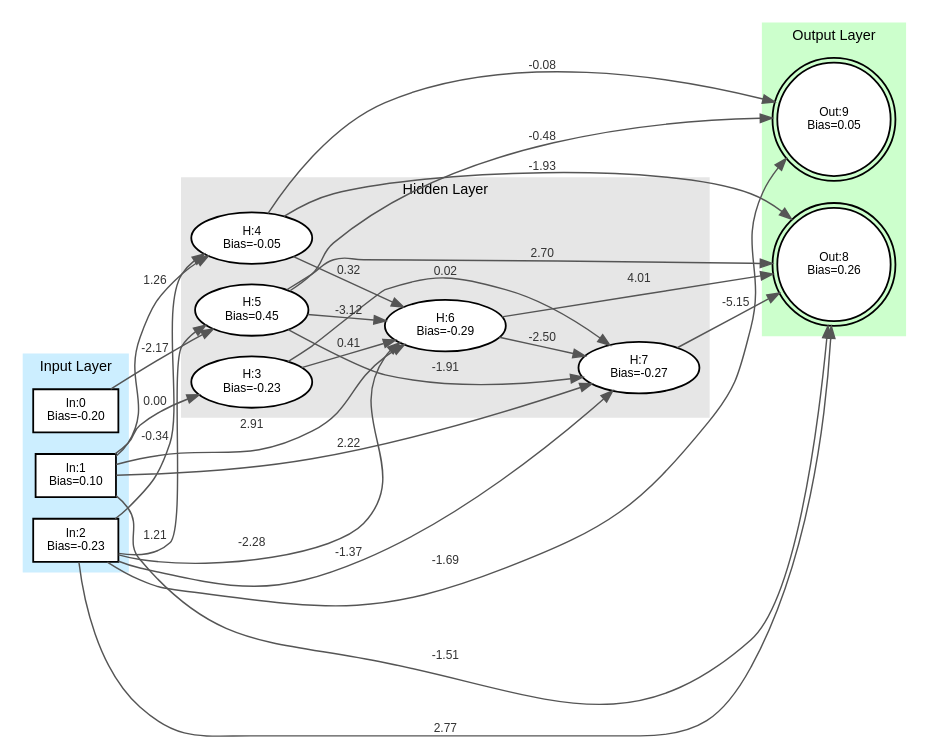
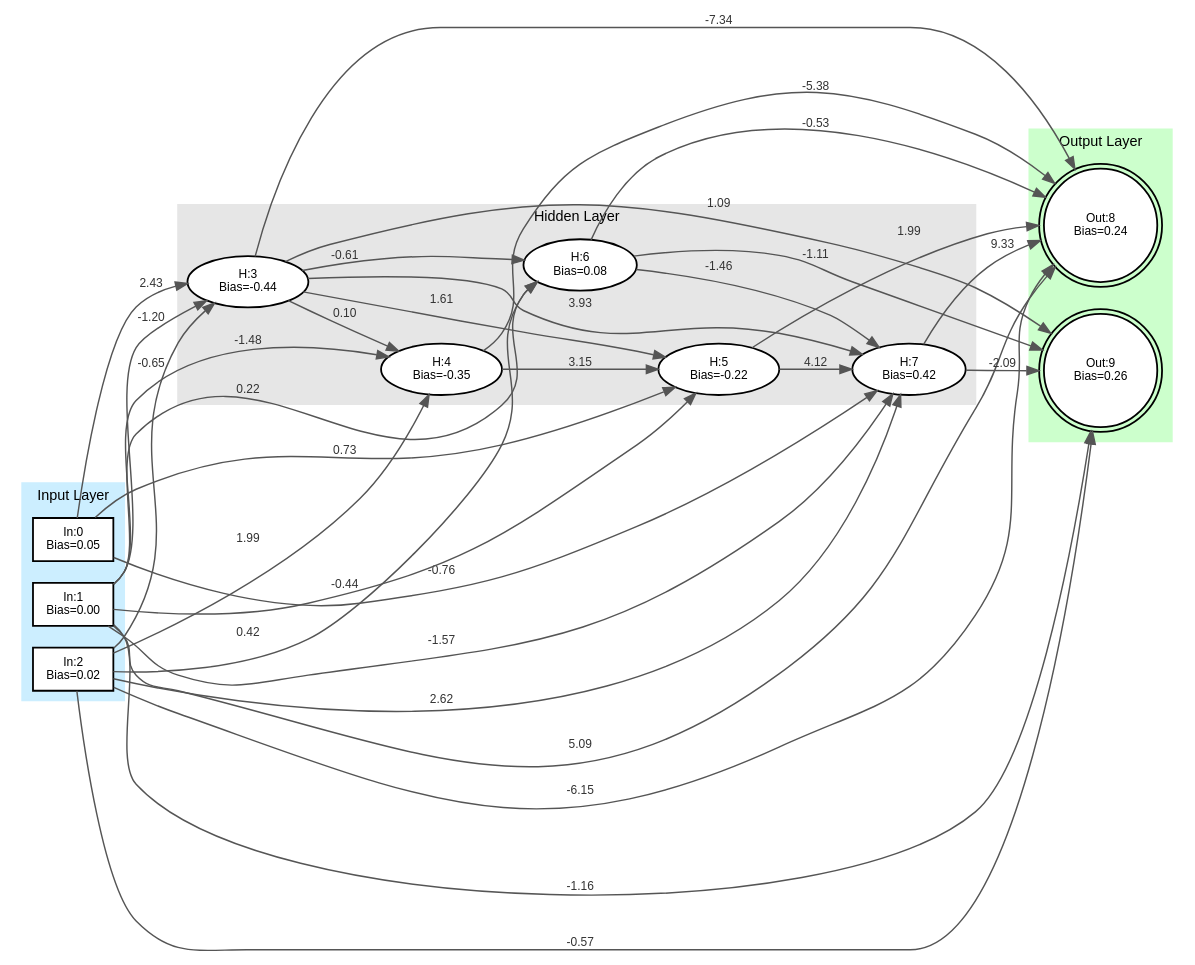
One commit to Apoxtrophe/MiNET_AI changed the diagram in best_network.dot. Above: the diagram before and after it, drawn with Graphviz. The commit also changed 3 other files, not shown here.

```diff
--- a/best_network.dot
+++ b/best_network.dot
@@ -1,73 +1,80 @@
 digraph Minet {
     // Use left-to-right orientation
     rankdir=LR;
     graph [layout=dot, fontname="Helvetica", fontsize=12];
     node [fontname="Helvetica", fontsize=10];
     edge [fontname="Helvetica", fontsize=10];
 
     subgraph cluster_inputs {
         style=filled;
         color="#cceeff";
         penwidth=1.5;
         label="Input Layer";
         labelloc="top";
         labeljust="center";
         rank=same;
-        neuron_0 [shape=box, style=filled, fillcolor=white, penwidth=1.5, label="In:0\nBias=-0.20"];
-        neuron_1 [shape=box, style=filled, fillcolor=white, penwidth=1.5, label="In:1\nBias=0.10"];
-        neuron_2 [shape=box, style=filled, fillcolor=white, penwidth=1.5, label="In:2\nBias=-0.23"];
+        neuron_0 [shape=box, style=filled, fillcolor=white, penwidth=1.5, label="In:0\nBias=0.05"];
+        neuron_1 [shape=box, style=filled, fillcolor=white, penwidth=1.5, label="In:1\nBias=0.00"];
+        neuron_2 [shape=box, style=filled, fillcolor=white, penwidth=1.5, label="In:2\nBias=0.02"];
     }
 
     subgraph cluster_hidden {
         style=filled;
         color="#e6e6e6";
         penwidth=1.5;
         label="Hidden Layer";
         labelloc="top";
         labeljust="center";
-        neuron_3 [shape=ellipse, style=filled, fillcolor=white, penwidth=1.5, label="H:3\nBias=-0.23"];
-        neuron_4 [shape=ellipse, style=filled, fillcolor=white, penwidth=1.5, label="H:4\nBias=-0.05"];
-        neuron_5 [shape=ellipse, style=filled, fillcolor=white, penwidth=1.5, label="H:5\nBias=0.45"];
-        neuron_6 [shape=ellipse, style=filled, fillcolor=white, penwidth=1.5, label="H:6\nBias=-0.29"];
-        neuron_7 [shape=ellipse, style=filled, fillcolor=white, penwidth=1.5, label="H:7\nBias=-0.27"];
+        neuron_3 [shape=ellipse, style=filled, fillcolor=white, penwidth=1.5, label="H:3\nBias=-0.44"];
+        neuron_4 [shape=ellipse, style=filled, fillcolor=white, penwidth=1.5, label="H:4\nBias=-0.35"];
+        neuron_5 [shape=ellipse, style=filled, fillcolor=white, penwidth=1.5, label="H:5\nBias=-0.22"];
+        neuron_6 [shape=ellipse, style=filled, fillcolor=white, penwidth=1.5, label="H:6\nBias=0.08"];
+        neuron_7 [shape=ellipse, style=filled, fillcolor=white, penwidth=1.5, label="H:7\nBias=0.42"];
     }
 
     subgraph cluster_outputs {
         style=filled;
         color="#ccffcc";
         penwidth=1.5;
         label="Output Layer";
         labelloc="top";
         labeljust="center";
         rank=same;
-        neuron_8 [shape=doublecircle, style=filled, fillcolor=white, penwidth=1.5, label="Out:8\nBias=0.26"];
-        neuron_9 [shape=doublecircle, style=filled, fillcolor=white, penwidth=1.5, label="Out:9\nBias=0.05"];
+        neuron_8 [shape=doublecircle, style=filled, fillcolor=white, penwidth=1.5, label="Out:8\nBias=0.24"];
+        neuron_9 [shape=doublecircle, style=filled, fillcolor=white, penwidth=1.5, label="Out:9\nBias=0.26"];
     }
 
     // Edges
     edge [color="#555555", penwidth=1.2];
-    neuron_0 -> neuron_5 [label="-2.17", fontcolor="#333333"];
-    neuron_1 -> neuron_6 [label="2.91", fontcolor="#333333"];
-    neuron_1 -> neuron_4 [label="1.26", fontcolor="#333333"];
-    neuron_1 -> neuron_7 [label="2.22", fontcolor="#333333"];
-    neuron_1 -> neuron_8 [label="-1.51", fontcolor="#333333"];
-    neuron_1 -> neuron_3 [label="0.00", fontcolor="#333333"];
-    neuron_2 -> neuron_6 [label="-2.28", fontcolor="#333333"];
-    neuron_2 -> neuron_5 [label="1.21", fontcolor="#333333"];
-    neuron_2 -> neuron_8 [label="2.77", fontcolor="#333333"];
-    neuron_2 -> neuron_7 [label="-1.37", fontcolor="#333333"];
-    neuron_2 -> neuron_9 [label="-1.69", fontcolor="#333333"];
-    neuron_2 -> neuron_4 [label="-0.34", fontcolor="#333333"];
-    neuron_3 -> neuron_6 [label="0.41", fontcolor="#333333"];
-    neuron_3 -> neuron_7 [label="0.02", fontcolor="#333333"];
-    neuron_4 -> neuron_8 [label="-1.93", fontcolor="#333333"];
-    neuron_4 -> neuron_6 [label="0.32", fontcolor="#333333"];
-    neuron_4 -> neuron_9 [label="-0.08", fontcolor="#333333"];
-    neuron_5 -> neuron_7 [label="-1.91", fontcolor="#333333"];
-    neuron_5 -> neuron_6 [label="-3.12", fontcolor="#333333"];
-    neuron_5 -> neuron_8 [label="2.70", fontcolor="#333333"];
-    neuron_5 -> neuron_9 [label="-0.48", fontcolor="#333333"];
-    neuron_6 -> neuron_8 [label="4.01", fontcolor="#333333"];
-    neuron_6 -> neuron_7 [label="-2.50", fontcolor="#333333"];
-    neuron_7 -> neuron_8 [label="-5.15", fontcolor="#333333"];
+    neuron_0 -> neuron_3 [label="2.43", fontcolor="#333333"];
+    neuron_0 -> neuron_7 [label="-0.76", fontcolor="#333333"];
+    neuron_0 -> neuron_5 [label="0.73", fontcolor="#333333"];
+    neuron_1 -> neuron_3 [label="-1.20", fontcolor="#333333"];
+    neuron_1 -> neuron_8 [label="5.09", fontcolor="#333333"];
+    neuron_1 -> neuron_7 [label="-1.57", fontcolor="#333333"];
+    neuron_1 -> neuron_4 [label="-1.48", fontcolor="#333333"];
+    neuron_1 -> neuron_5 [label="-0.44", fontcolor="#333333"];
+    neuron_1 -> neuron_6 [label="0.22", fontcolor="#333333"];
+    neuron_1 -> neuron_9 [label="-1.16", fontcolor="#333333"];
+    neuron_2 -> neuron_4 [label="1.99", fontcolor="#333333"];
+    neuron_2 -> neuron_7 [label="2.62", fontcolor="#333333"];
+    neuron_2 -> neuron_8 [label="-6.15", fontcolor="#333333"];
+    neuron_2 -> neuron_9 [label="-0.57", fontcolor="#333333"];
+    neuron_2 -> neuron_3 [label="-0.65", fontcolor="#333333"];
+    neuron_2 -> neuron_6 [label="0.42", fontcolor="#333333"];
+    neuron_3 -> neuron_7 [label="3.93", fontcolor="#333333"];
+    neuron_3 -> neuron_8 [label="-7.34", fontcolor="#333333"];
+    neuron_3 -> neuron_5 [label="1.61", fontcolor="#333333"];
+    neuron_3 -> neuron_6 [label="-0.61", fontcolor="#333333"];
+    neuron_3 -> neuron_9 [label="1.09", fontcolor="#333333"];
+    neuron_3 -> neuron_4 [label="0.10", fontcolor="#333333"];
+    neuron_4 -> neuron_5 [label="3.15", fontcolor="#333333"];
+    neuron_4 -> neuron_8 [label="-5.38", fontcolor="#333333"];
+    neuron_5 -> neuron_7 [label="4.12", fontcolor="#333333"];
+    neuron_5 -> neuron_8 [label="1.99", fontcolor="#333333"];
+    neuron_6 -> neuron_7 [label="-1.46", fontcolor="#333333"];
+    neuron_6 -> neuron_9 [label="-1.11", fontcolor="#333333"];
+    neuron_6 -> neuron_8 [label="-0.53", fontcolor="#333333"];
+    neuron_7 -> neuron_8 [label="9.33", fontcolor="#333333"];
+    neuron_7 -> neuron_9 [label="-2.09", fontcolor="#333333"];
 }
```
